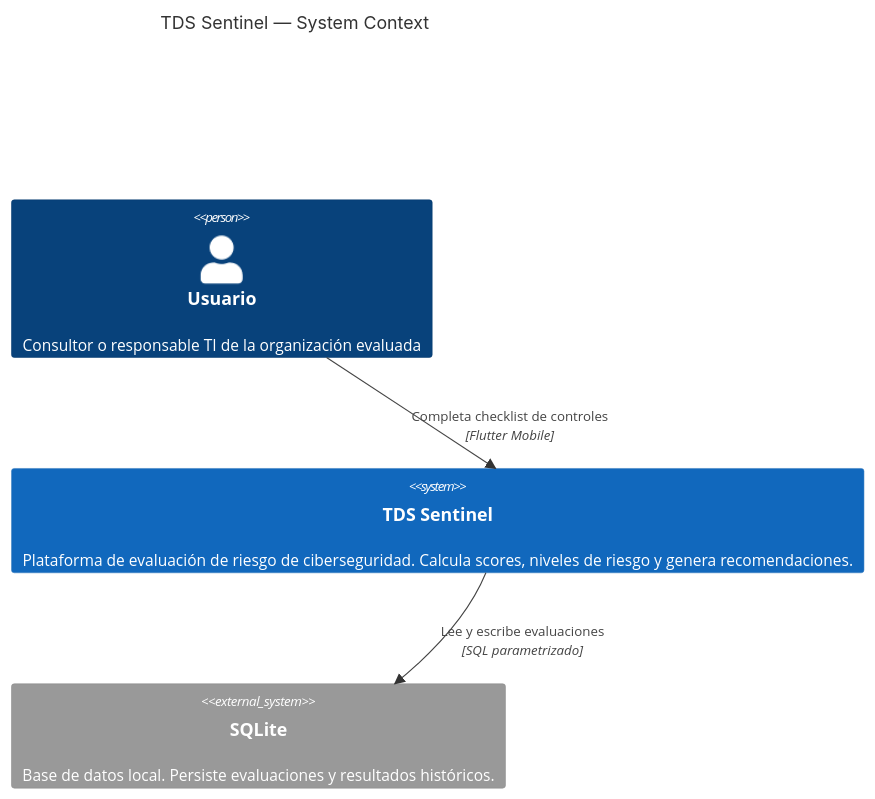
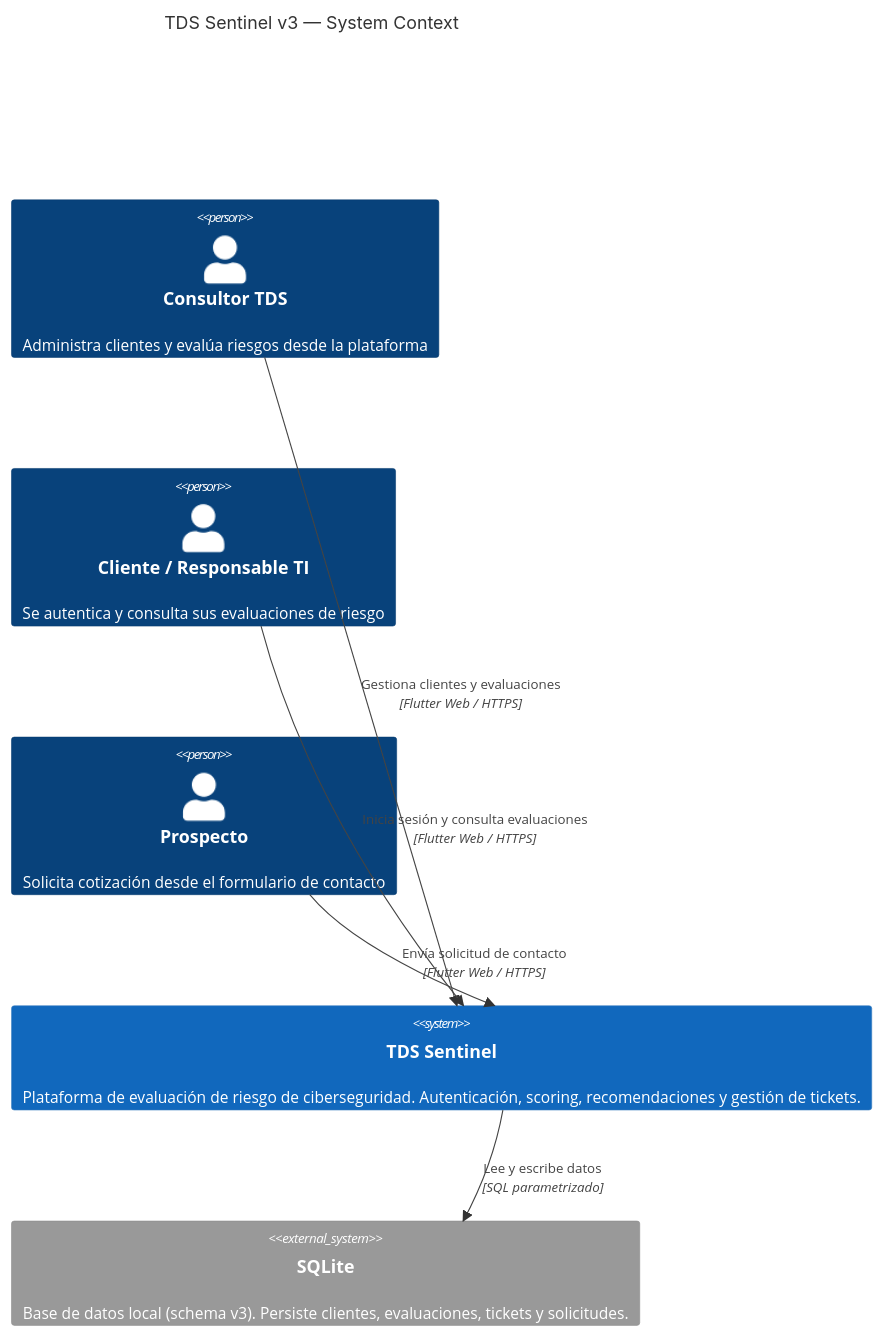
Before and after one commit to danielmunozus/tds-sentinel-mvp: the first of 2 diagrams in docs/architecture/system-context.md, drawn with Mermaid. The commit also changed other lines of this file and 4 other files, not shown here.

````diff
--- a/docs/architecture/system-context.md
+++ b/docs/architecture/system-context.md
@@ -9,13 +13,17 @@
 ```mermaid
 C4Context
-    title TDS Sentinel — System Context
+    title TDS Sentinel v3 — System Context
 
-    Person(user, "Usuario", "Consultor o responsable TI de la organización evaluada")
+    Person(consultant, "Consultor TDS", "Administra clientes y evalúa riesgos desde la plataforma")
+    Person(client_user, "Cliente / Responsable TI", "Se autentica y consulta sus evaluaciones de riesgo")
+    Person(prospect, "Prospecto", "Solicita cotización desde el formulario de contacto")
 
-    System(sentinel, "TDS Sentinel", "Plataforma de evaluación de riesgo de ciberseguridad. Calcula scores, niveles de riesgo y genera recomendaciones.")
+    System(sentinel, "TDS Sentinel", "Plataforma de evaluación de riesgo de ciberseguridad. Autenticación, scoring, recomendaciones y gestión de tickets.")
 
-    System_Ext(sqlite, "SQLite", "Base de datos local. Persiste evaluaciones y resultados históricos.")
+    System_Ext(sqlite, "SQLite", "Base de datos local (schema v3). Persiste clientes, evaluaciones, tickets y solicitudes.")
 
-    Rel(user, sentinel, "Completa checklist de controles", "Flutter Mobile")
-    Rel(sentinel, sqlite, "Lee y escribe evaluaciones", "SQL parametrizado")
+    Rel(consultant, sentinel, "Gestiona clientes y evaluaciones", "Flutter Web / HTTPS")
+    Rel(client_user, sentinel, "Inicia sesión y consulta evaluaciones", "Flutter Web / HTTPS")
+    Rel(prospect, sentinel, "Envía solicitud de contacto", "Flutter Web / HTTPS")
+    Rel(sentinel, sqlite, "Lee y escribe datos", "SQL parametrizado")
 ```
````
